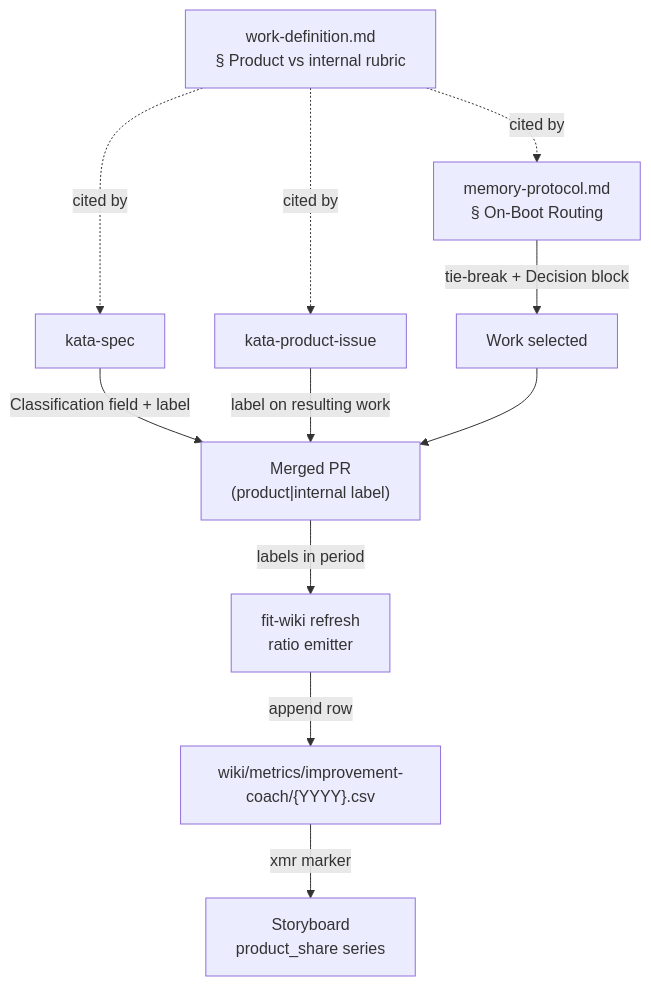
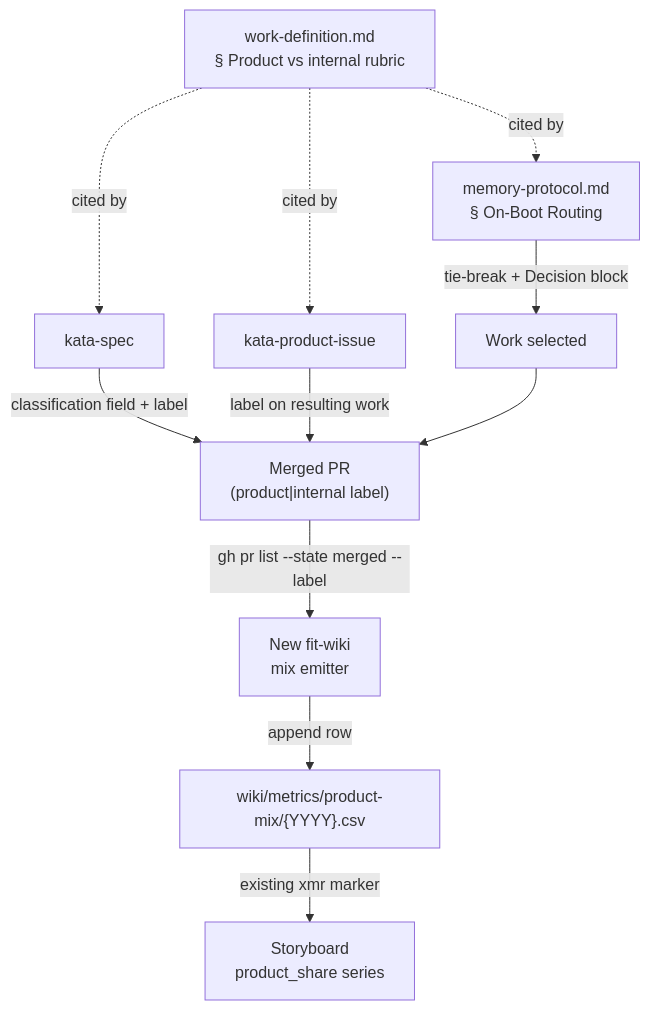
The diagram in specs/2070-product-vs-internal-work-axis/design-a.md (forwardimpact/monorepo), drawn with Mermaid before and after one commit. The commit also changed other lines of this file, not shown here.

First line of the commit message:
design(2070): replace fabricated refresh emitter with real fit-wiki mix emitter

````diff
--- a/specs/2070-product-vs-internal-work-axis/design-a.md
+++ b/specs/2070-product-vs-internal-work-axis/design-a.md
@@ -15,16 +15,16 @@
 ```mermaid
 graph TD
     R["work-definition.md<br/>§ Product vs internal rubric"]
     R -.cited by.-> S["kata-spec"]
     R -.cited by.-> T["kata-product-issue"]
     R -.cited by.-> M["memory-protocol.md<br/>§ On-Boot Routing"]
 
-    S -->|Classification field + label| PR["Merged PR<br/>(product|internal label)"]
+    S -->|classification field + label| PR["Merged PR<br/>(product|internal label)"]
     T -->|label on resulting work| PR
     M -->|tie-break + Decision block| W["Work selected"]
     W --> PR
 
-    PR -->|labels in period| E["fit-wiki refresh<br/>ratio emitter"]
-    E -->|append row| C["wiki/metrics/improvement-coach/{YYYY}.csv"]
-    C -->|xmr marker| SB["Storyboard<br/>product_share series"]
+    PR -->|gh pr list --state merged --label| E["New fit-wiki<br/>mix emitter"]
+    E -->|append row| C["wiki/metrics/product-mix/{YYYY}.csv"]
+    C -->|existing xmr marker| SB["Storyboard<br/>product_share series"]
 ```
````
